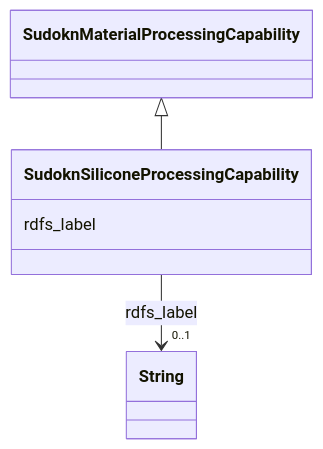
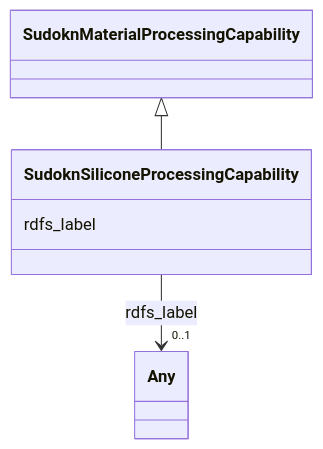
The diagram in sudokn-kg/classes/SudoknSiliconeProcessingCapability.md (frink-okn/graph-descriptions), drawn with Mermaid before and after one commit. The commit also changed other lines of this file and 903 other files, not shown here.

````diff
--- a/sudokn-kg/classes/SudoknSiliconeProcessingCapability.md
+++ b/sudokn-kg/classes/SudoknSiliconeProcessingCapability.md
@@ -23,18 +18,18 @@
 ```mermaid
  classDiagram
     class SudoknSiliconeProcessingCapability
     click SudoknSiliconeProcessingCapability href "../SudoknSiliconeProcessingCapability"
       SudoknMaterialProcessingCapability <|-- SudoknSiliconeProcessingCapability
         click SudoknMaterialProcessingCapability href "../SudoknMaterialProcessingCapability"
       
       SudoknSiliconeProcessingCapability : rdfs_label
         
           
     
     
-    SudoknSiliconeProcessingCapability --> "0..1" String : rdfs_label
-    click String href "../String"
+    SudoknSiliconeProcessingCapability --> "0..1" Any : rdfs_label
+    click Any href "../Any"
 
         
       
 ```
````
